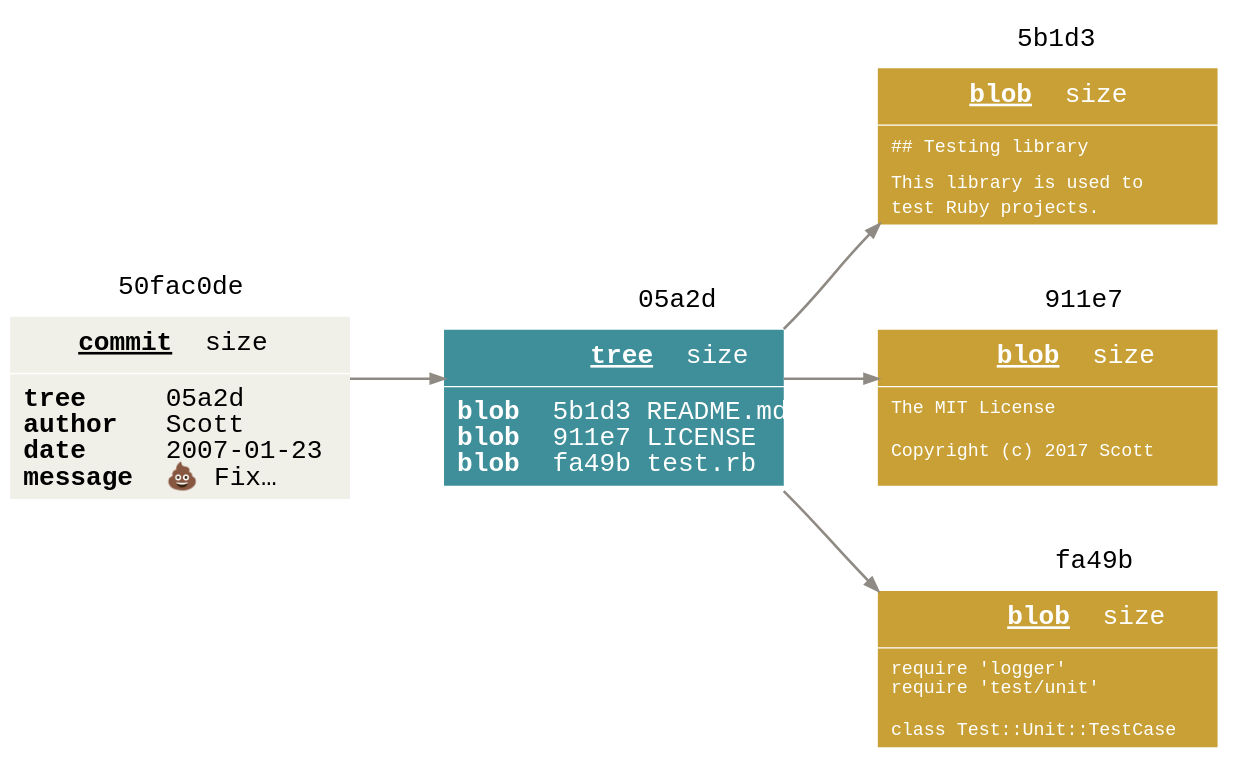
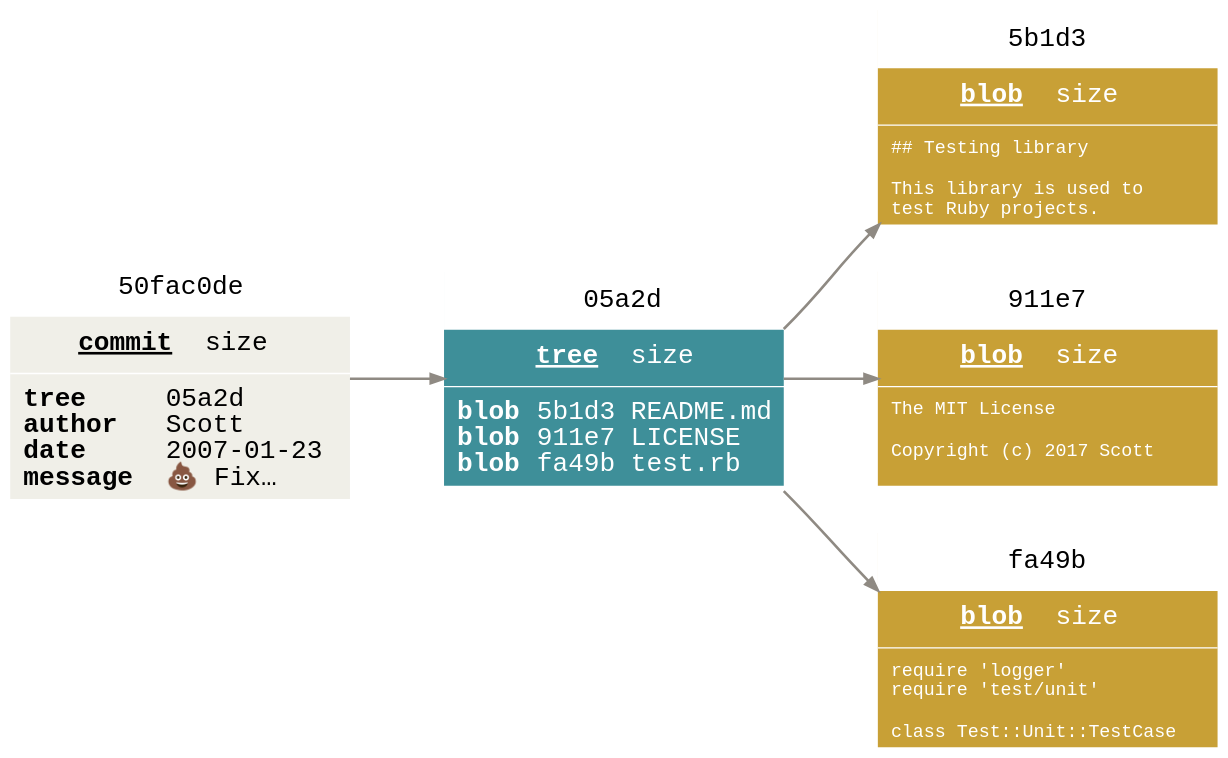
The diagram in images/internals/commit-objects.gv (agross/git-reveal), drawn with Graphviz before and after one commit. The commit also changed 111 other files, not shown here.

Commit message:
Recompute GraphViz images with new margins (required after gv update)

```diff
--- a/images/internals/commit-objects.gv
+++ b/images/internals/commit-objects.gv
@@ -1,173 +1,169 @@
 digraph Git {
   bgcolor="transparent"
 
   rankdir=LR
   ranksep=1
   nodesep=.5
 
   edge [color="#8f8a83"
         penwidth=2
         dir="forward"]
   node [shape=box
         fontname="Menlo, Monaco, Consolas, Lucida Console, Courier New, monospace"
         fontsize=20
         margin="0,0"
         penwidth=0]
 
   node [fontcolor="#000000"
         fillcolor="transparent"]
   commit [label=<
     <table cellspacing="0"
            cellpadding="10"
            color="white"
            border="0"
            bgcolor="#f0efe8"
            fixedsize="true"
            width="260"
            height="184">
       <tr>
         <td border="1"
             width="260"
             bgcolor="white"><font color="black">50fac0de</font></td>
       </tr>
       <tr>
         <td border="1"
             sides="b"><u><b>commit</b></u>   size</td>
       </tr>
       <tr>
         <td align="left"
             balign="left"><b>tree</b>      05a2d<br />
 <b>author</b>    Scott<br />
 <b>date </b>     2007-01-23<br />
 <b>message  </b> 💩 Fix…</td>
       </tr>
     </table>
     >]
 
   node [fontcolor="#ffffff"
         fillcolor="transparent"]
   root_tree [label=<
     <table cellspacing="0"
            cellpadding="10"
            color="white"
            border="0"
            bgcolor="#3e8f99"
            fixedsize="true"
            width="260"
            height="164">
       <tr>
         <td border="1"
             width="260"
             bgcolor="white"><font color="black">05a2d</font></td>
       </tr>
       <tr>
         <td border="1"
             sides="b"
             port="port_n"><u><b>tree</b></u>   size</td>
       </tr>
       <tr>
         <td align="left"
             balign="left"
-            port="port_s"><b>blob</b>   5b1d3 README.md<br />
-<b>blob</b>   911e7 LICENSE<br />
-<b>blob</b>   fa49b test.rb
-        </td>
+            port="port_s"><b>blob</b>  5b1d3 README.md<br />
+<b>blob</b>  911e7 LICENSE<br />
+<b>blob</b>  fa49b test.rb</td>
       </tr>
     </table>
     >]
 
   node [fontcolor="#ffffff"
         fillcolor="transparent"]
   readme_blob [label=<
     <table cellspacing="0"
            cellpadding="10"
            color="white"
            border="0"
            bgcolor="#c8a036"
            fixedsize="true"
            width="260"
            height="164">
       <tr>
         <td border="1"
             width="260"
             bgcolor="white"><font color="black">5b1d3</font></td>
       </tr>
       <tr>
         <td border="1"
             sides="b"><b><u>blob</u></b>   size</td>
       </tr>
       <tr>
         <td align="left"
             balign="left"><font point-size="14">## Testing library<br />
 <br />
 This library is used to<br />
-test Ruby projects.</font>
-        </td>
+test Ruby projects.</font></td>
       </tr>
     </table>
     >]
 
   license_blob [label=<
     <table cellspacing="0"
            cellpadding="10"
            color="white"
            border="0"
            bgcolor="#c8a036"
            fixedsize="true"
            width="260"
            height="164">
       <tr>
         <td border="1"
             width="260"
             bgcolor="white"><font color="black">911e7</font></td>
       </tr>
       <tr>
         <td border="1"
             sides="b"><b><u>blob</u></b>   size</td>
       </tr>
       <tr>
         <td align="left"
             balign="left"><font point-size="14">The MIT License<br />
 <br />
-Copyright (c) 2017 Scott</font>
-        </td>
+Copyright (c) 2017 Scott</font></td>
       </tr>
     </table>
     >]
 
   testrb_blob [label=<
     <table cellspacing="0"
            cellpadding="10"
            color="white"
            border="0"
            bgcolor="#c8a036"
            fixedsize="true"
            width="260"
            height="164">
       <tr>
         <td border="1"
             width="260"
             bgcolor="white"><font color="black">fa49b</font></td>
       </tr>
       <tr>
         <td border="1"
             sides="b"
             port="port"><b><u>blob</u></b>   size</td>
       </tr>
       <tr>
         <td align="left"
             balign="left"><font point-size="14">require 'logger'<br />
 require 'test/unit'<br />
 <br />
-class Test::Unit::TestCase</font>
-        </td>
+class Test::Unit::TestCase</font></td>
       </tr>
     </table>
     >]
 
   commit -> root_tree
 
   root_tree:port_n:ne -> readme_blob:sw
   root_tree:e -> license_blob
   root_tree:port_s:se -> testrb_blob:port:nw
 }
```
